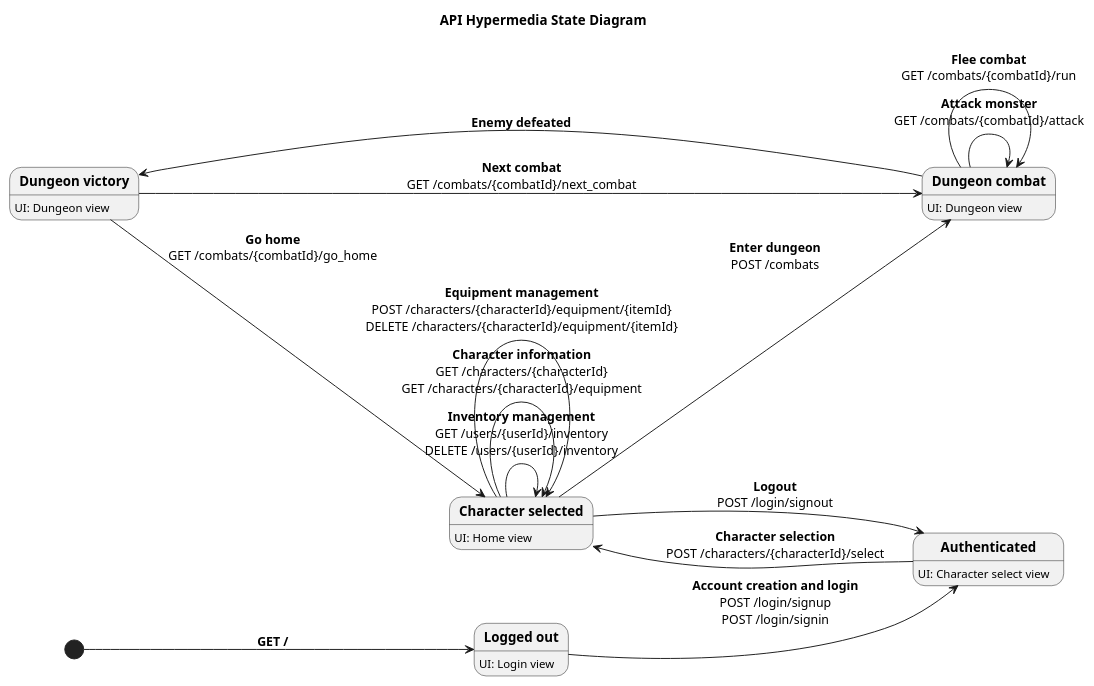
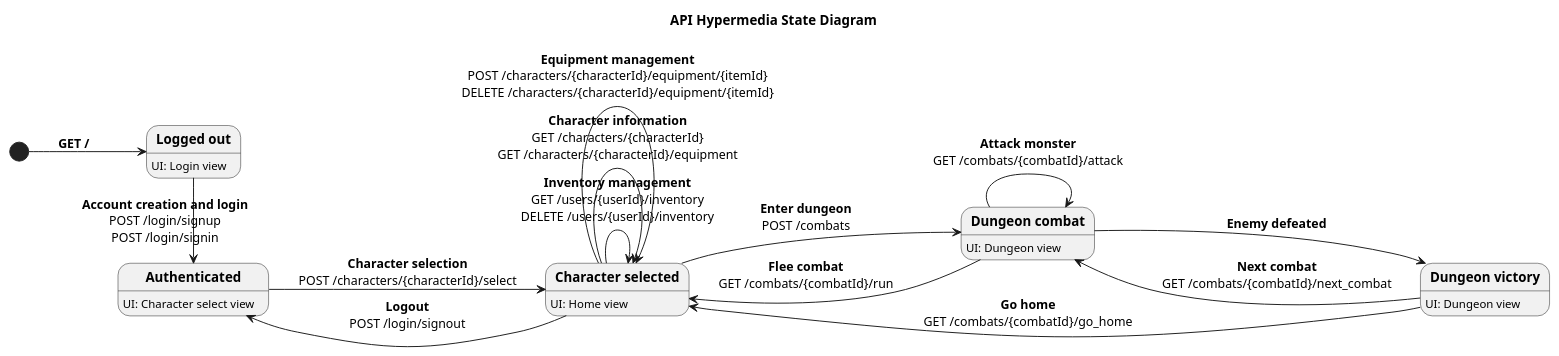
The diagram in docs/hypermedia-state.puml (cyborgwalrus/dungeons-and-databases), drawn with PlantUML before and after one commit.

Commit message:
diagram update

```diff
--- a/docs/hypermedia-state.puml
+++ b/docs/hypermedia-state.puml
@@ -1,31 +1,32 @@
 @startuml hypermedia-state
 title API Hypermedia State Diagram
 left to right direction
 'skinparam linetype polyline
 'skinparam linetype ortho
 skinparam shadowing false
 
 state "**Logged out**" as logged_out: UI: Login view
 state "**Authenticated**" as authenticated: UI: Character select view
 state "**Character selected**" as home: UI: Home view
 state "**Dungeon combat**" as combat: UI: Dungeon view
 state "**Dungeon victory**" as victory: UI: Dungeon view
 
 [*] --> logged_out: **GET /**
 
-logged_out --> authenticated : **Account creation and login**\nPOST /login/signup\nPOST /login/signin
-authenticated --> home : **Character selection**\nPOST /characters/{characterId}/select
+logged_out -> authenticated : **Account creation and login**\nPOST /login/signup\nPOST /login/signin
+authenticated -> home : **Character selection**\nPOST /characters/{characterId}/select
 
 home --> combat : **Enter dungeon**\nPOST /combats
 home --> authenticated : **Logout**\nPOST /login/signout
 home --> home : **Inventory management**\nGET /users/{userId}/inventory\nDELETE /users/{userId}/inventory
 home --> home : **Character information**\nGET /characters/{characterId}\nGET /characters/{characterId}/equipment
 home --> home : **Equipment management**\nPOST /characters/{characterId}/equipment/{itemId}\nDELETE /characters/{characterId}/equipment/{itemId}
 
-combat --> combat : **Attack monster**\nGET /combats/{combatId}/attack
-combat --> combat : **Flee combat**\nGET /combats/{combatId}/run
+combat ---> combat : **Attack monster**\nGET /combats/{combatId}/attack
+combat -> home : **Flee combat**\nGET /combats/{combatId}/run
 combat --> victory : **Enemy defeated**
+
 victory -> combat : **Next combat**\nGET /combats/{combatId}/next_combat
 victory --> home : **Go home**\nGET /combats/{combatId}/go_home
 
 @enduml
```
